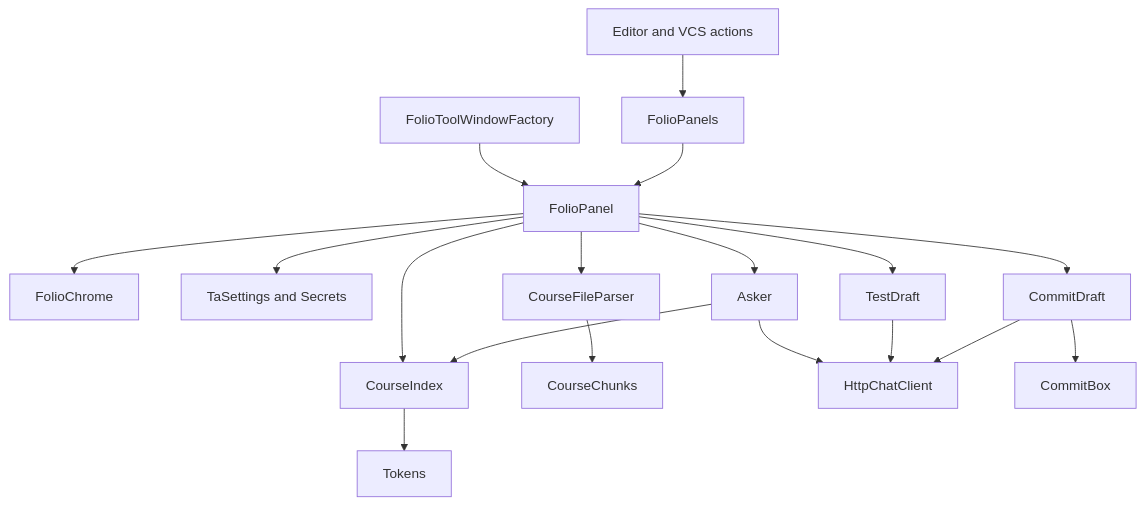
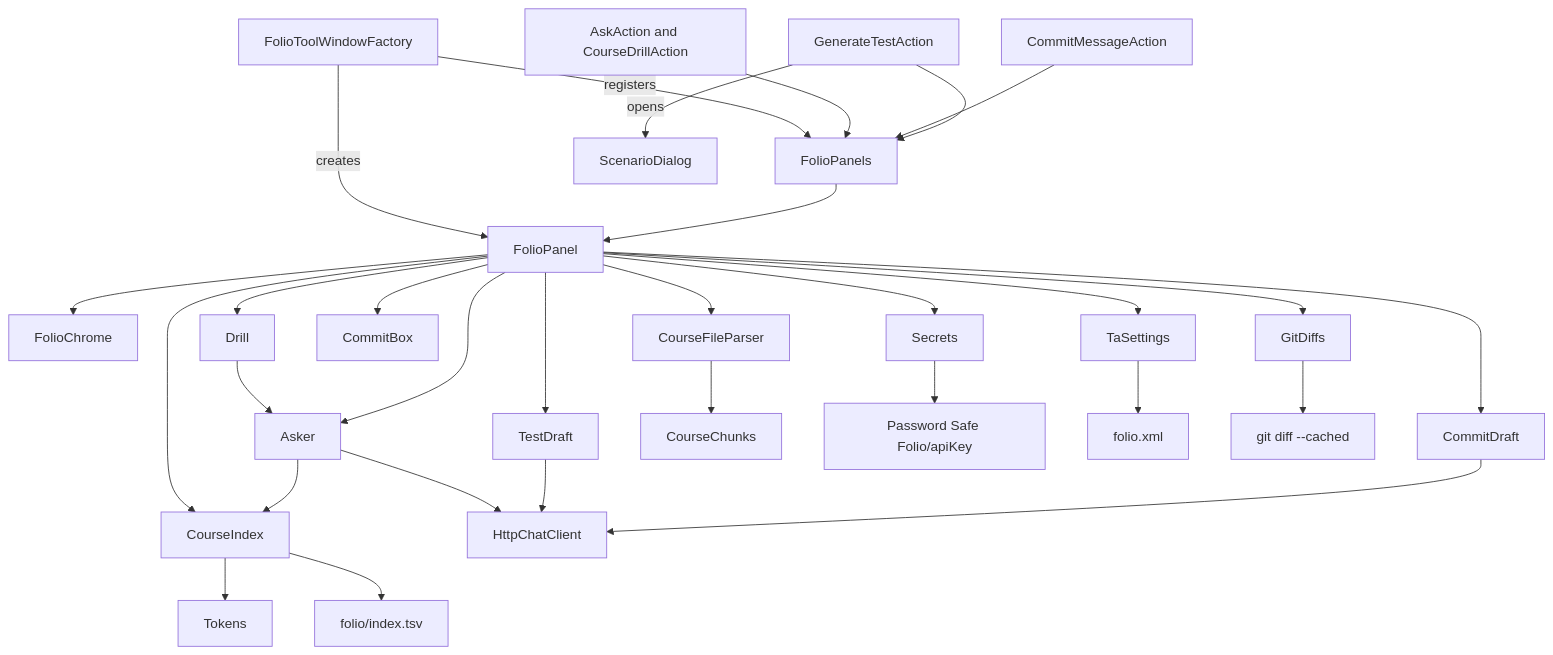
Before and after one commit to TTAWDTT/folio: the first of 3 diagrams in README.md, drawn with Mermaid. The commit also changed other lines of this file and 8 other files, not shown here.

First line of the commit message:
Give the tool window a theme and redraw the architecture diagrams.

````diff
--- a/README.md
+++ b/README.md
@@ -200,20 +208,37 @@
 ```mermaid
 flowchart TB
-  Factory[FolioToolWindowFactory] --> Panel[FolioPanel]
-  Editor[Editor and VCS actions] --> Panels[FolioPanels]
+  Factory[FolioToolWindowFactory] -->|creates| Panel[FolioPanel]
+  Factory -->|registers| Panels[FolioPanels]
+  AskDrill[AskAction and CourseDrillAction] --> Panels
+  Gen[GenerateTestAction] -->|opens| Dialog[ScenarioDialog]
+  CommitAct[CommitMessageAction] --> Panels
+  Gen --> Panels
   Panels --> Panel
   Panel --> Chrome[FolioChrome]
-  Panel --> Settings[TaSettings and Secrets]
-  Panel --> Index[CourseIndex]
-  Panel --> Parser[CourseFileParser]
+  Panel --> Drill
+  Drill --> Asker
   Panel --> Asker
   Panel --> Tests[TestDraft]
   Panel --> Commits[CommitDraft]
+  Panel --> Diffs[GitDiffs]
+  Panel --> Box[CommitBox]
+  Panel --> Settings[TaSettings]
+  Panel --> Secrets
+  Panel --> Parser[CourseFileParser]
   Parser --> Chunks[CourseChunks]
+  Panel --> Index[CourseIndex]
+  Asker --> Index
   Index --> Tokens
-  Asker --> Index
   Asker --> Http[HttpChatClient]
   Tests --> Http
   Commits --> Http
-  Commits --> Box[CommitBox]
+  Index --> Tsv["folio/index.tsv"]
+  Secrets --> Safe["Password Safe Folio/apiKey"]
+  Settings --> Xml[folio.xml]
+  Diffs --> Git["git diff --cached"]
+  class Factory,AskDrill,Gen,CommitAct,Panels,Dialog,Panel,Chrome teal
+  class Drill,Asker,Tests,Commits,Diffs,Box,Settings,Secrets blue
+  class Parser,Chunks,Index,Tokens orange
+  class Tsv,Safe,Xml,Git tan
+  class Http purple
 ```
````
